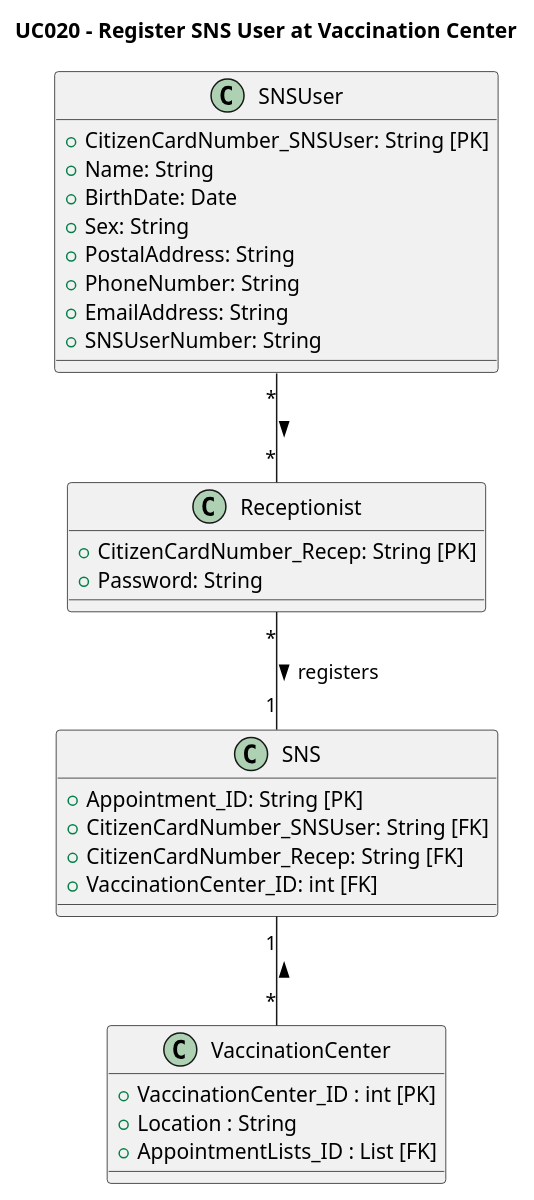
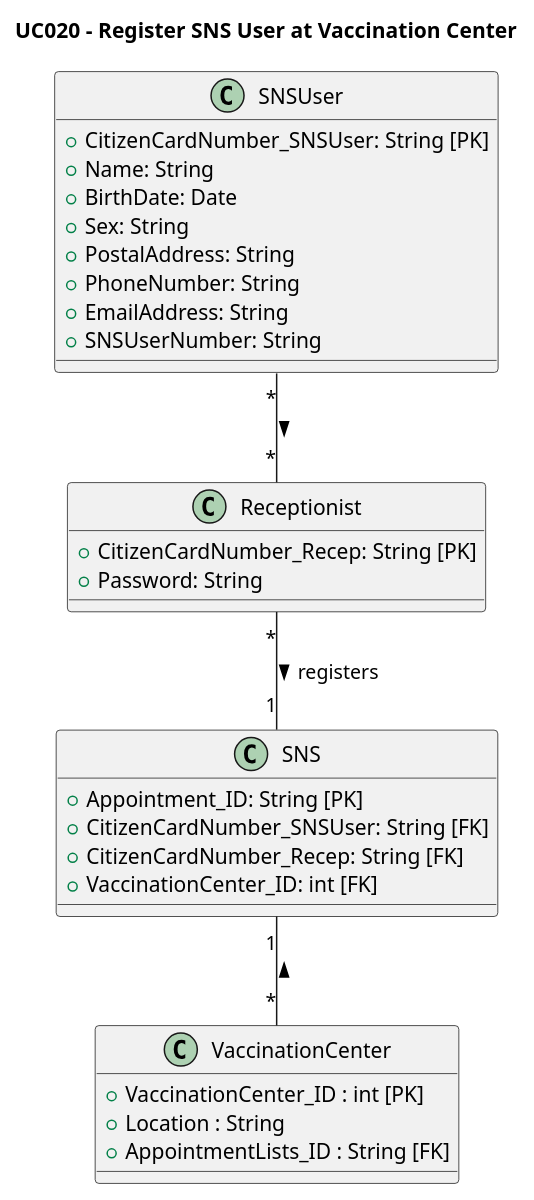
Before and after one commit to rafaafig/SnsTrab: the diagram in sns-base/doc/global/use-cases/UC020/ucd-UCD020.puml, drawn with PlantUML.

```diff
--- a/sns-base/doc/global/use-cases/UC020/ucd-UCD020.puml
+++ b/sns-base/doc/global/use-cases/UC020/ucd-UCD020.puml
@@ -1,40 +1,40 @@
 @startuml
 skinparam monochrome false
 skinparam shadowing false
 
 title UC020 - Register SNS User at Vaccination Center
 
 class VaccinationCenter {
     + VaccinationCenter_ID : int [PK]
     + Location : String
-    + AppointmentLists_ID : List [FK]
+    + AppointmentLists_ID : String [FK]
 }
 class Receptionist {
     +CitizenCardNumber_Recep: String [PK]
     +Password: String
 }
 
 class SNSUser {
     +CitizenCardNumber_SNSUser: String [PK]
     +Name: String
     +BirthDate: Date
     +Sex: String
     +PostalAddress: String
     +PhoneNumber: String
     +EmailAddress: String
     +SNSUserNumber: String
 }
 class SNS {
     +Appointment_ID: String [PK]
     +CitizenCardNumber_SNSUser: String [FK]
     +CitizenCardNumber_Recep: String [FK]
     +VaccinationCenter_ID: int [FK]
 }
 
 ' Relationships
 SNSUser "*" -- "*" Receptionist : >
 Receptionist "*" -- "1" SNS : registers >
 SNS "1" -- "*" VaccinationCenter : <
 
 
 @enduml
```
